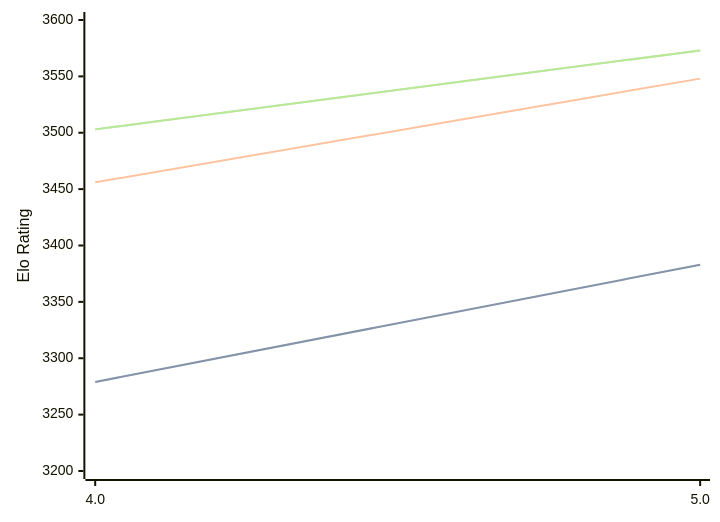
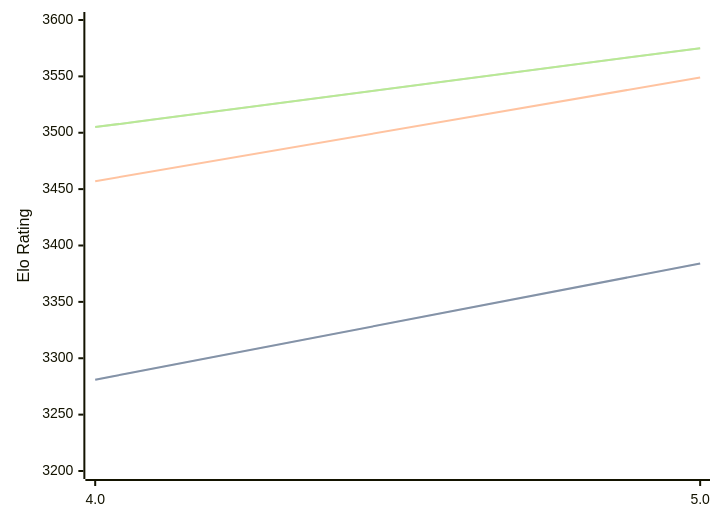
One commit to computer-chess-index/cci changed the diagram in engines/Tarnished.md. Above: the diagram before and after it, drawn with Mermaid. The commit also changed other lines of this file, not shown here.

Commit message:
Update CCI Ratings (ELO VLTC) - 2026-03-29

````diff
--- a/engines/Tarnished.md
+++ b/engines/Tarnished.md
@@ -36,11 +36,11 @@
 ```mermaid
 %%{init: {"theme":"base","themeVariables":{"seriesColors:['#a3a3a3','#222221','#faa371']}}}%%
 xychart-beta
   x-axis ["4.0", "5.0"]
   y-axis "Elo Rating" 3200 --> 3600
-  line "STC (8.0+0.08s)" [3279, 3383]
-  line "STC (8.0+0.08s)" [3279, 3383]
-  line "LTC (60.0+0.60s)" [3456, 3548]
-  line "VLTC (2m24s+1.12s)" [3503, 3573]
-  line "VLTC (2m24s+1.12s)" [3503, 3573]
+  line "STC (8.0+0.08s)" [3281, 3384]
+  line "STC (8.0+0.08s)" [3281, 3384]
+  line "LTC (60.0+0.60s)" [3457, 3549]
+  line "VLTC (2m24s+1.12s)" [3505, 3575]
+  line "VLTC (2m24s+1.12s)" [3505, 3575]
 ```
````
